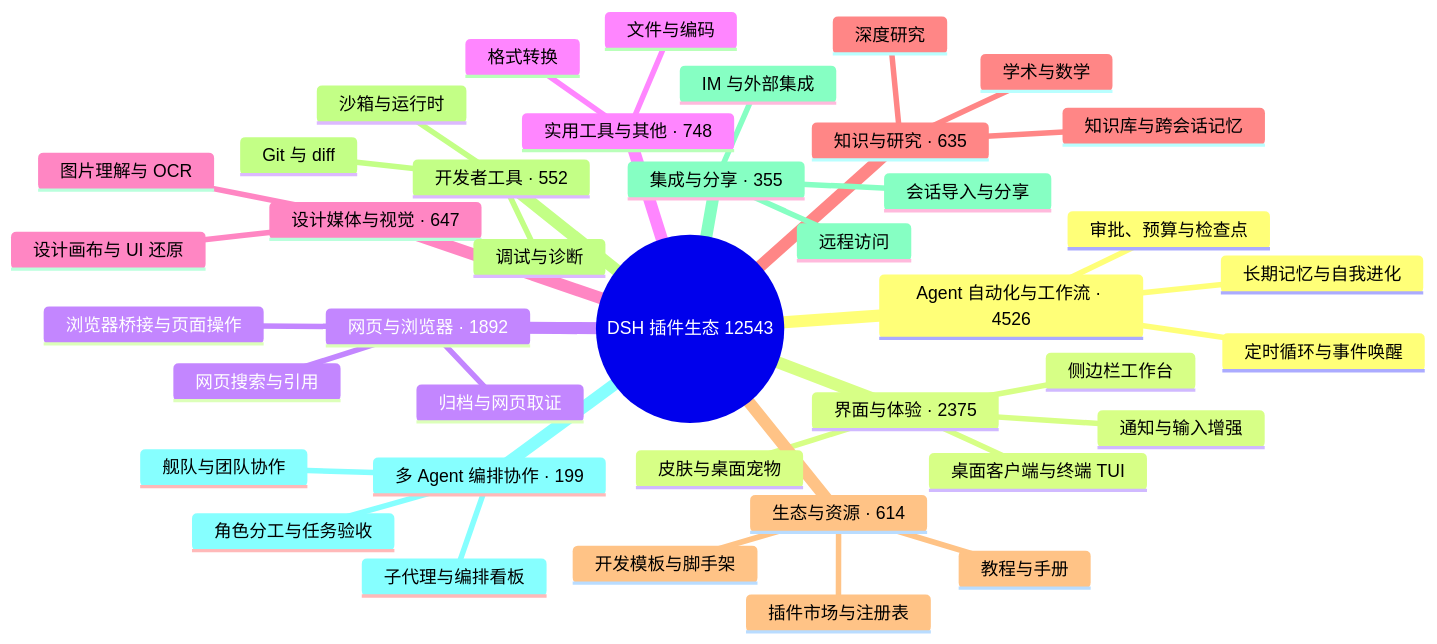
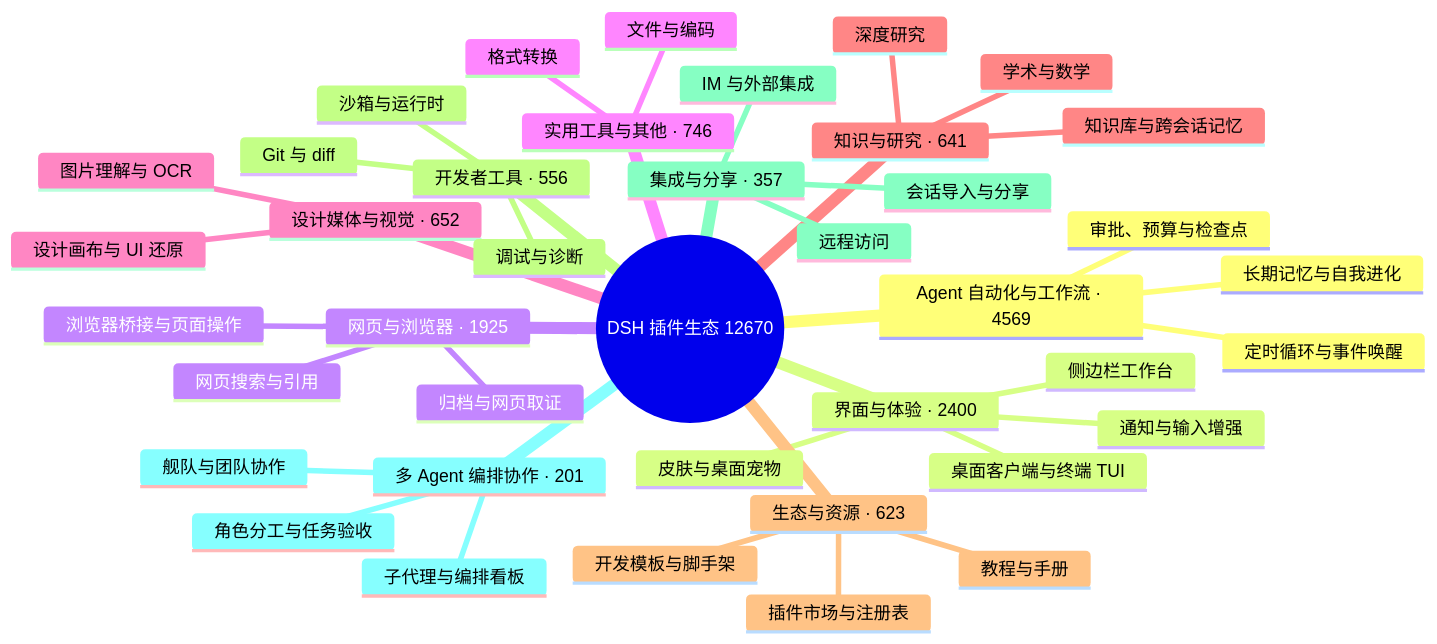
One commit to BOWLUNA/awesome-dsh-plugin changed the diagram in README.md. Above: the diagram before and after it, drawn with Mermaid. The commit also changed other lines of this file and 20 other files, not shown here.

````diff
--- a/README.md
+++ b/README.md
@@ -33,43 +33,43 @@
 ```mermaid
 mindmap
-  root((DSH 插件生态 12543))
-    Agent 自动化与工作流 · 4526
+  root((DSH 插件生态 12670))
+    Agent 自动化与工作流 · 4569
       定时循环与事件唤醒
       长期记忆与自我进化
       审批、预算与检查点
-    界面与体验 · 2375
+    界面与体验 · 2400
       桌面客户端与终端 TUI
       侧边栏工作台
       皮肤与桌面宠物
       通知与输入增强
-    网页与浏览器 · 1892
+    网页与浏览器 · 1925
       浏览器桥接与页面操作
       网页搜索与引用
       归档与网页取证
-    实用工具与其他 · 748
+    实用工具与其他 · 746
       文件与编码
       格式转换
-    设计媒体与视觉 · 647
+    设计媒体与视觉 · 652
       图片理解与 OCR
       设计画布与 UI 还原
-    知识与研究 · 635
+    知识与研究 · 641
       知识库与跨会话记忆
       深度研究
       学术与数学
-    生态与资源 · 614
+    生态与资源 · 623
       插件市场与注册表
       开发模板与脚手架
       教程与手册
-    开发者工具 · 552
+    开发者工具 · 556
       Git 与 diff
       沙箱与运行时
       调试与诊断
-    集成与分享 · 355
+    集成与分享 · 357
       会话导入与分享
       远程访问
       IM 与外部集成
-    多 Agent 编排协作 · 199
+    多 Agent 编排协作 · 201
       子代理与编排看板
       舰队与团队协作
       角色分工与任务验收
 ```
````
